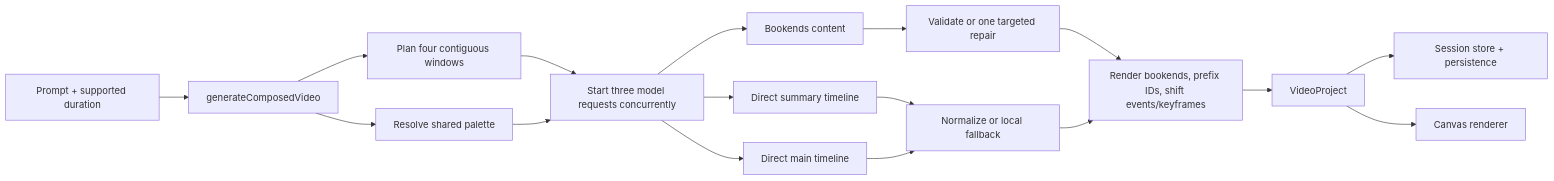
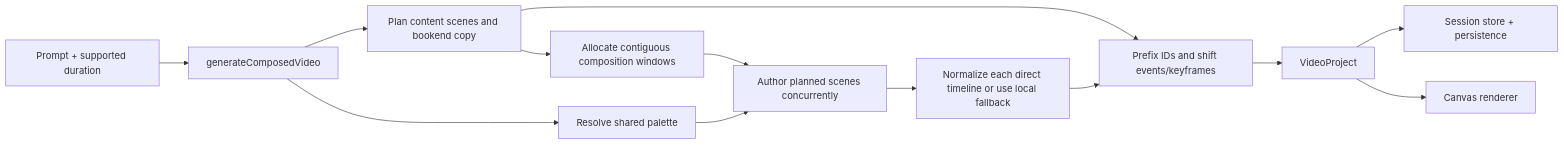
The diagram in docs/architecture.md (kirank55/videogpt), drawn with Mermaid before and after one commit. The commit also changed other lines of this file and 26 other files, not shown here.

````diff
--- a/docs/architecture.md
+++ b/docs/architecture.md
@@ -5,19 +5,15 @@
 ```mermaid
 flowchart LR
     Request["Prompt + supported duration"] --> Composer["generateComposedVideo"]
-    Composer --> Windows["Plan four contiguous windows"]
+    Composer --> Planner["Plan content scenes and bookend copy"]
+    Planner --> Windows["Allocate contiguous composition windows"]
     Composer --> Palette["Resolve shared palette"]
-    Windows --> Calls["Start three model requests concurrently"]
+    Windows --> Calls["Author planned scenes concurrently"]
     Palette --> Calls
-    Calls --> Bookends["Bookends content"]
-    Calls --> Summary["Direct summary timeline"]
-    Calls --> Main["Direct main timeline"]
-    Bookends --> Repair["Validate or one targeted repair"]
-    Summary --> Normalize["Normalize or local fallback"]
-    Main --> Normalize
-    Repair --> Compose["Render bookends, prefix IDs, shift events/keyframes"]
-    Normalize --> Compose
+    Calls --> Normalize["Normalize each direct timeline or use local fallback"]
+    Planner --> Compose["Render deterministic bookends"]
+    Normalize --> Compose["Prefix IDs and shift events/keyframes"]
     Compose --> Project["VideoProject"]
     Project --> Store["Session store + persistence"]
     Project --> Canvas["Canvas renderer"]
 ```
````
